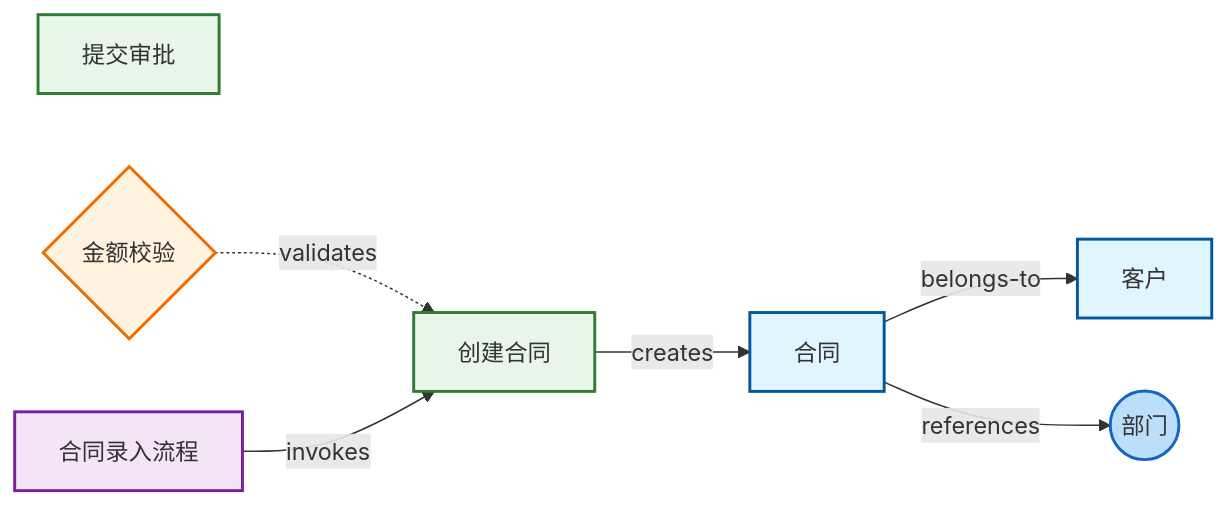
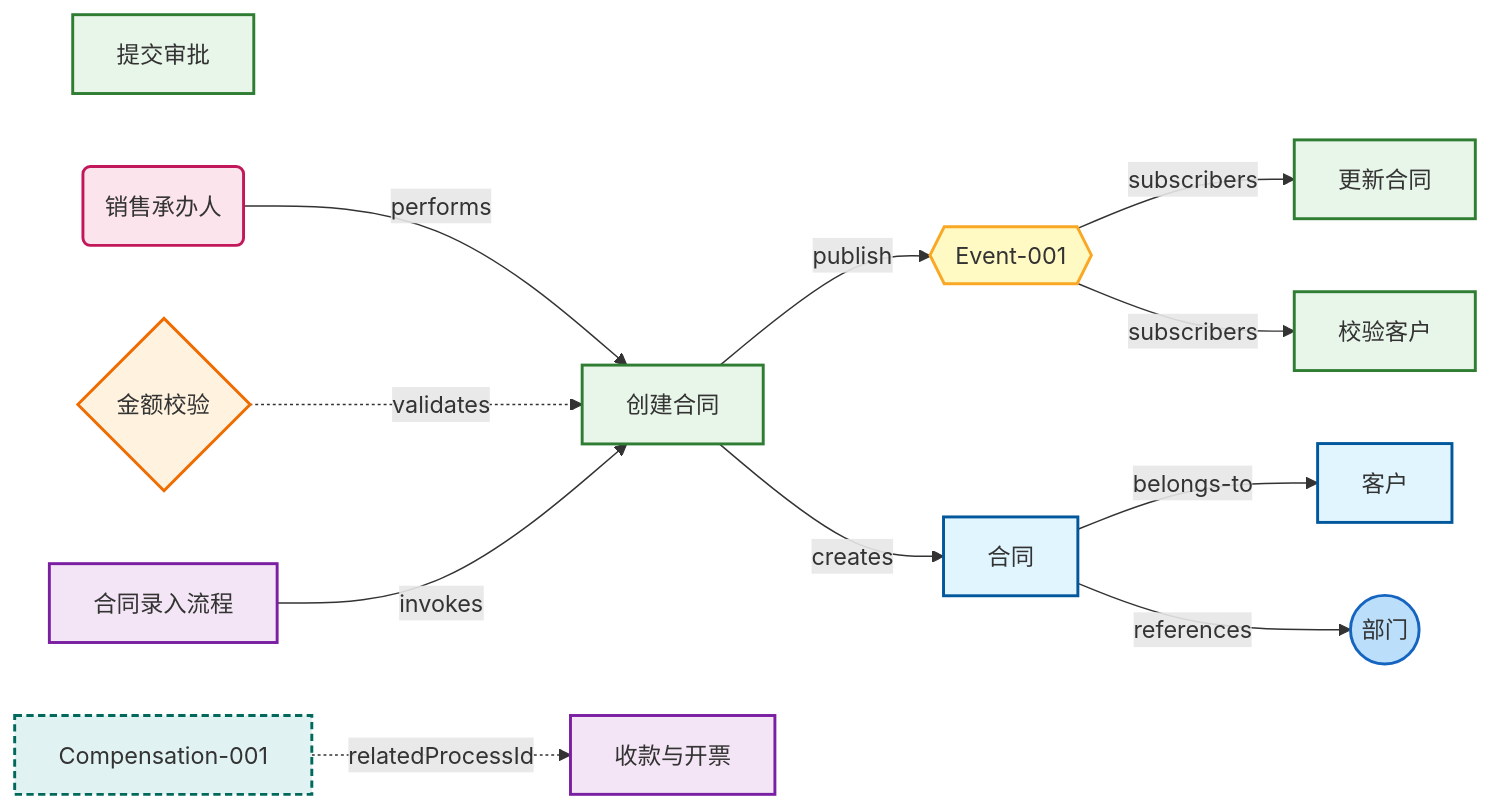
The second of 7 diagrams in examples/contract-management/contract-management.md (Lucky2024-pllove/Ontology), drawn with Mermaid before and after one commit. The commit also changed other lines of this file and 4 other files, not shown here.

````diff
--- a/examples/contract-management/contract-management.md
+++ b/examples/contract-management/contract-management.md
@@ -182,22 +281,36 @@
 ```mermaid
 graph LR
     classDef entity fill:#e1f5fe,stroke:#01579b,stroke-width:2px;
     classDef behavior fill:#e8f5e9,stroke:#2e7d32,stroke-width:2px;
     classDef rule fill:#fff3e0,stroke:#ef6c00,stroke-width:2px;
     classDef process fill:#f3e5f5,stroke:#7b1fa2,stroke-width:2px;
     classDef reference fill:#bbdefb,stroke:#1565c0,stroke-width:2px,rx:50px,ry:50px;
+    classDef subject fill:#fce4ec,stroke:#c2185b,stroke-width:2px;
+    classDef domainEvent fill:#fff9c4,stroke:#f9a825,stroke-width:2px;
+    classDef compensation fill:#e0f2f1,stroke:#00695c,stroke-width:2px,stroke-dasharray: 5 3;
 
     E1[合同]:::entity
     E2[客户]:::entity
     B1[创建合同]:::behavior
     B2[提交审批]:::behavior
     R1{金额校验}:::rule
     P1[合同录入流程]:::process
     REF1((部门)):::reference
+    S1(销售承办人):::subject
+    EV1{{Event-001}}:::domainEvent
+    C1[Compensation-001]:::compensation
+    P2[收款与开票]:::process
+    B2U[更新合同]:::behavior
+    B7A[校验客户]:::behavior
 
+    S1 -->|performs| B1
+    B1 -->|publish| EV1
+    EV1 -->|subscribers| B2U
+    EV1 -->|subscribers| B7A
     E1 -->|belongs-to| E2
     B1 -->|creates| E1
     R1 -.->|validates| B1
     P1 -->|invokes| B1
     E1 -->|references| REF1
+    C1 -.->|relatedProcessId| P2
 ```
````
